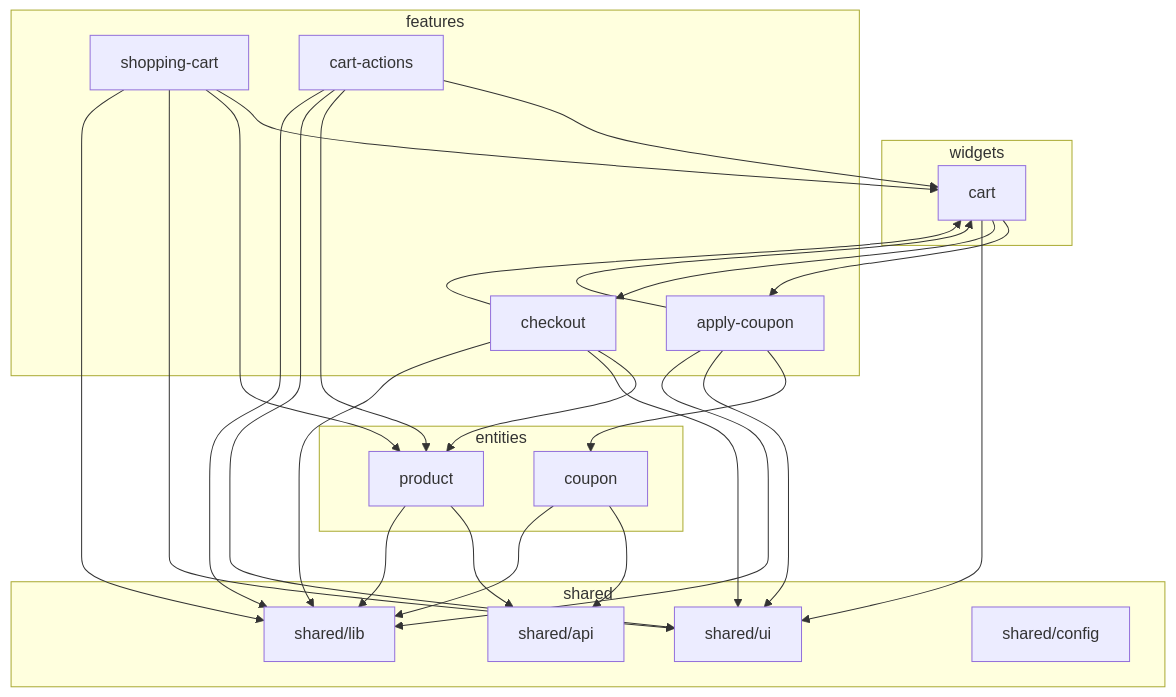
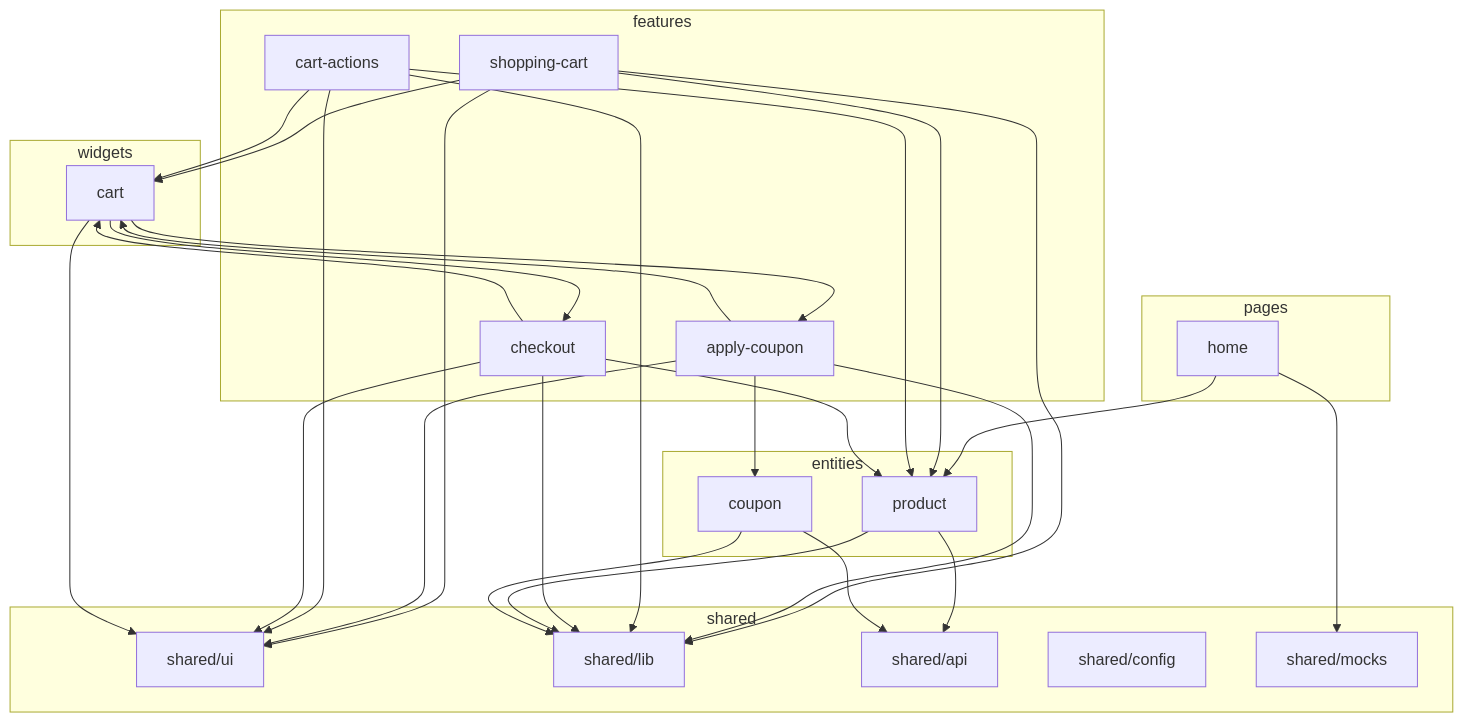
Before and after one commit to PavelPetrovich87/fsd-shopping-cart: the second of 2 diagrams in ARCHITECTURE.md, drawn with Mermaid.

Commit message:
docs(architecture): sync slice-level graph for home page
Prior mission (cart-and-home-pages) added src/pages/home which imports
@/entities/product and @/shared/mocks, but the slice-level dependency
graph in ARCHITECTURE.md was never updated. The pre-push validate-architecture
hook blocked pushes until the graph matched actual imports.

Adds:
- 'home' node under a new pages subgraph
- 'shared/mocks' node under the shared subgraph
- home --> product edge
- home --> shared/mocks edge

Validator now reports 21 edges verified, 0 undocumented, 0 stale.

````diff
--- a/ARCHITECTURE.md
+++ b/ARCHITECTURE.md
@@ -65,50 +65,57 @@
 ```mermaid
 graph TD
     subgraph widgets
         cart
+    end
+
+    subgraph pages
+        home
     end
 
     subgraph features
         shopping-cart
         apply-coupon
         cart-actions
         checkout
     end
 
     subgraph entities
         product
         cart
         coupon
     end
 
     subgraph shared
         shared/ui
         shared/lib
         shared/api
         shared/config
+        shared/mocks
     end
 
+    home --> product
+    home --> shared/mocks
     shopping-cart --> cart
     shopping-cart --> product
     shopping-cart --> shared/ui
     shopping-cart --> shared/lib
     apply-coupon --> cart
     apply-coupon --> coupon
     apply-coupon --> shared/ui
     apply-coupon --> shared/lib
     cart-actions --> cart
     cart-actions --> product
     cart-actions --> shared/ui
     cart-actions --> shared/lib
     checkout --> cart
     checkout --> product
     checkout --> shared/ui
     checkout --> shared/lib
     product --> shared/api
     product --> shared/lib
     coupon --> shared/api
     coupon --> shared/lib
     cart --> apply-coupon
     cart --> checkout
     cart --> shared/ui
 ```
````
